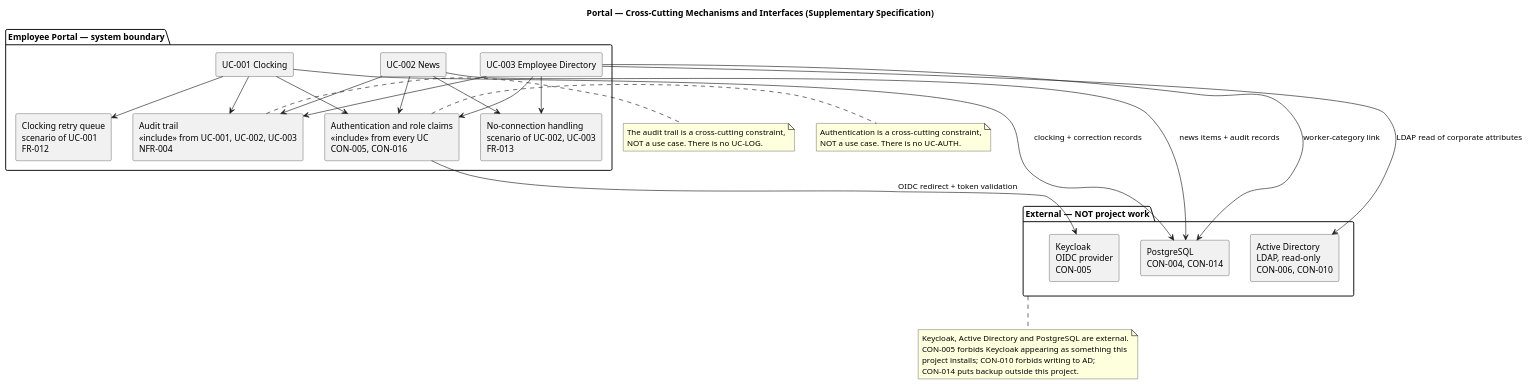
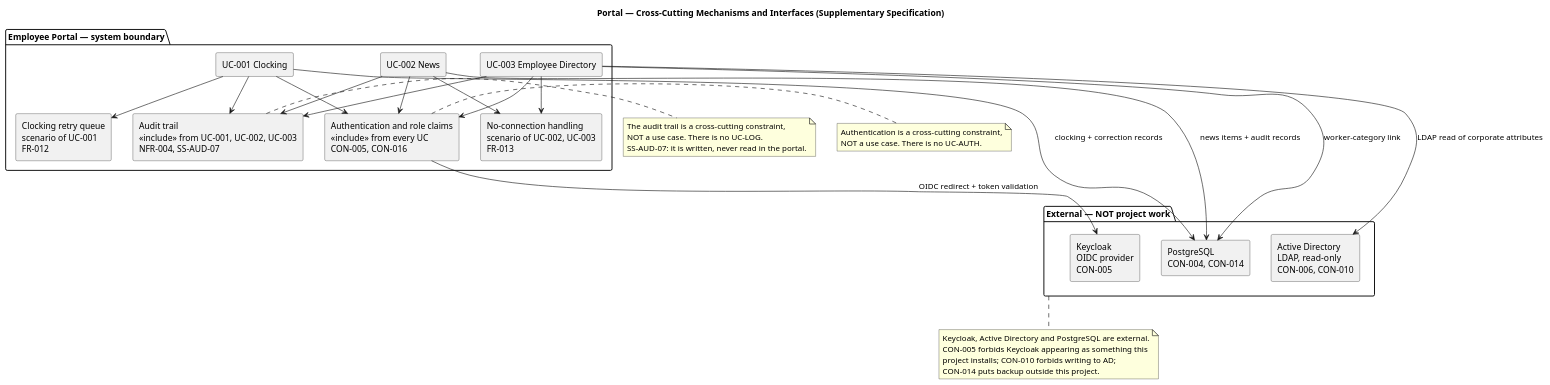
The diagram in docs/artifacts/requirements/supplementary-specification.md (banense-test/portal), drawn with PlantUML before and after one commit. The commit also changed other lines of this file, not shown here.

````diff
--- a/docs/artifacts/requirements/supplementary-specification.md
+++ b/docs/artifacts/requirements/supplementary-specification.md
@@ -143,57 +144,58 @@
 ```plantuml
 @startuml
 title Portal — Cross-Cutting Mechanisms and Interfaces (Supplementary Specification)
 
 skinparam componentStyle rectangle
 
 package "Employee Portal — system boundary" as PORTAL {
   component "UC-001 Clocking" as UC1
   component "UC-002 News" as UC2
   component "UC-003 Employee Directory" as UC3
 
   component "Authentication and role claims\n<<include>> from every UC\nCON-005, CON-016" as AUTH
-  component "Audit trail\n<<include>> from UC-001, UC-002, UC-003\nNFR-004" as AUDIT
+  component "Audit trail\n<<include>> from UC-001, UC-002, UC-003\nNFR-004, SS-AUD-07" as AUDIT
   component "No-connection handling\nscenario of UC-002, UC-003\nFR-013" as NOCONN
   component "Clocking retry queue\nscenario of UC-001\nFR-012" as RETRY
 }
 
 package "External — NOT project work" as EXT {
   component "Keycloak\nOIDC provider\nCON-005" as KC
   component "Active Directory\nLDAP, read-only\nCON-006, CON-010" as AD
   component "PostgreSQL\nCON-004, CON-014" as PG
 }
 
 UC1 --> AUTH
 UC2 --> AUTH
 UC3 --> AUTH
 UC1 --> AUDIT
 UC2 --> AUDIT
 UC3 --> AUDIT
 UC2 --> NOCONN
 UC3 --> NOCONN
 UC1 --> RETRY
 
 AUTH --> KC : OIDC redirect + token validation
 UC3 --> AD : LDAP read of corporate attributes
 UC1 --> PG : clocking + correction records
 UC2 --> PG : news items + audit records
 UC3 --> PG : worker-category link
 
 note bottom of EXT
   Keycloak, Active Directory and PostgreSQL are external.
   CON-005 forbids Keycloak appearing as something this
   project installs; CON-010 forbids writing to AD;
   CON-014 puts backup outside this project.
 end note
 
 note right of AUTH
   Authentication is a cross-cutting constraint,
   NOT a use case. There is no UC-AUTH.
 end note
 
 note right of AUDIT
   The audit trail is a cross-cutting constraint,
   NOT a use case. There is no UC-LOG.
+  SS-AUD-07: it is written, never read in the portal.
 end note
 @enduml
 ```
````
